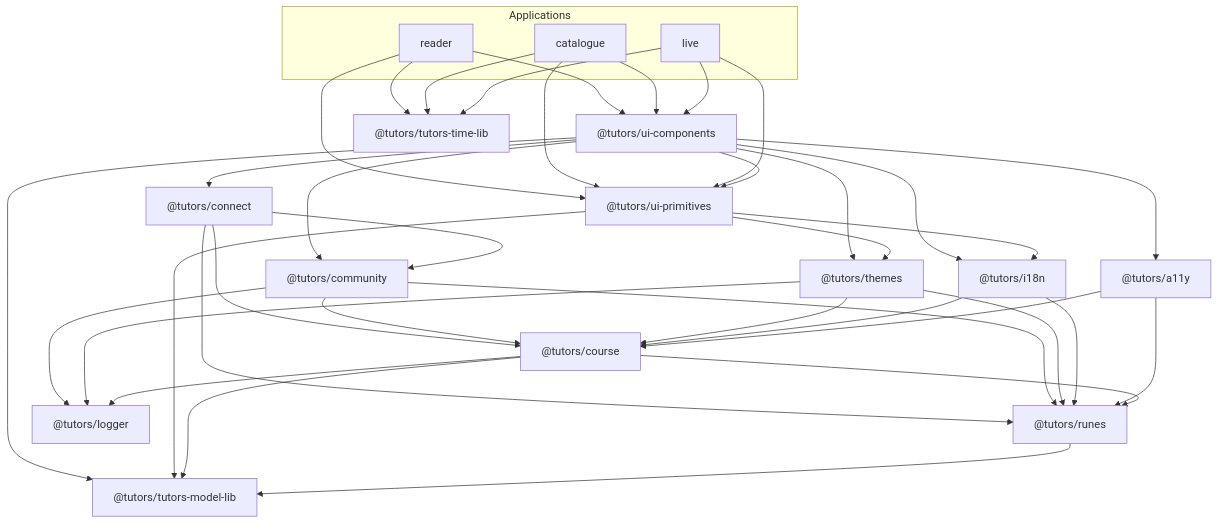
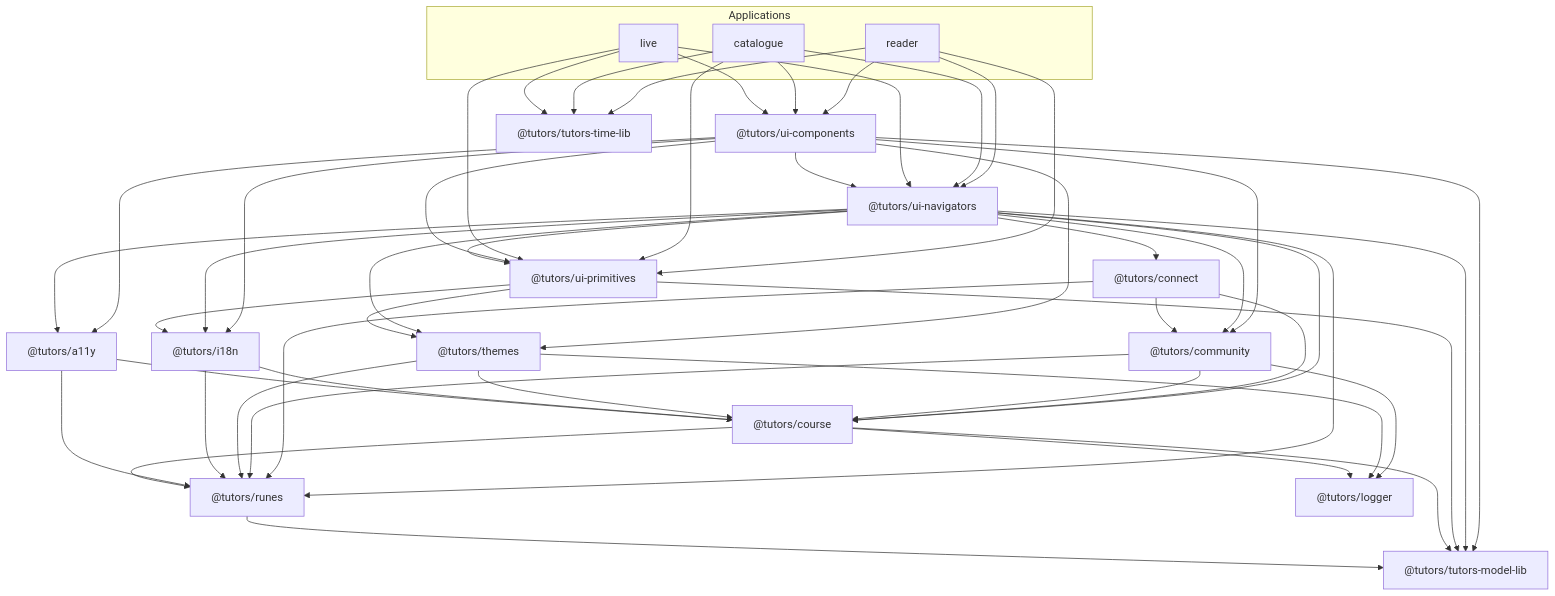
Before and after one commit to tutors-sdk/tutors-reference-manual: diagram 13 of 14 in unit-4-dev/note-architecture/note-architecture.md, drawn with Mermaid. The commit also changed other lines of this file and 8 other files, not shown here.

Commit message:
updated architecture

````diff
--- a/unit-4-dev/note-architecture/note-architecture.md
+++ b/unit-4-dev/note-architecture/note-architecture.md
@@ -1444,67 +1507,81 @@
 ```mermaid
 graph TD
   subgraph Applications
     reader["reader"]
     catalogue["catalogue"]
     live["live"]
   end
 
   ui_prim["@tutors/ui-primitives"]
+  ui_nav["@tutors/ui-navigators"]
   ui_comp["@tutors/ui-components"]
   connect["@tutors/connect"]
   community["@tutors/community"]
   themes["@tutors/themes"]
   i18n["@tutors/i18n"]
   a11y["@tutors/a11y"]
   course["@tutors/course"]
   runes["@tutors/runes"]
   logger["@tutors/logger"]
   model["@tutors/tutors-model-lib"]
   time["@tutors/tutors-time-lib"]
 
   reader --> ui_comp
+  reader --> ui_nav
   reader --> ui_prim
   catalogue --> ui_comp
+  catalogue --> ui_nav
   catalogue --> ui_prim
   live --> ui_comp
+  live --> ui_nav
   live --> ui_prim
   reader --> time
   catalogue --> time
   live --> time
 
+  ui_comp --> ui_nav
   ui_comp --> ui_prim
-  ui_comp --> connect
   ui_comp --> themes
   ui_comp --> community
   ui_comp --> i18n
   ui_comp --> a11y
   ui_comp --> model
+
+  ui_nav --> ui_prim
+  ui_nav --> connect
+  ui_nav --> themes
+  ui_nav --> community
+  ui_nav --> i18n
+  ui_nav --> a11y
+  ui_nav --> runes
+  ui_nav --> course
+  ui_nav --> model
 
   ui_prim --> themes
   ui_prim --> i18n
   ui_prim --> model
 
   connect --> community
   connect --> course
   connect --> runes
 
   community --> course
   community --> runes
   community --> logger
 
   themes --> course
   themes --> runes
   themes --> logger
 
   i18n --> runes
   i18n --> course
 
   a11y --> runes
   a11y --> course
 
   course --> runes
   course --> logger
   course --> model
 
   runes --> model
 ```
````
